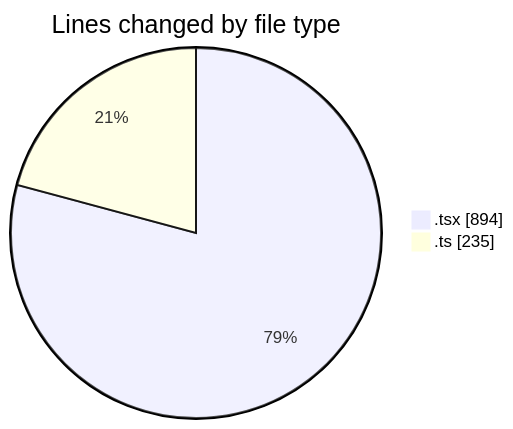
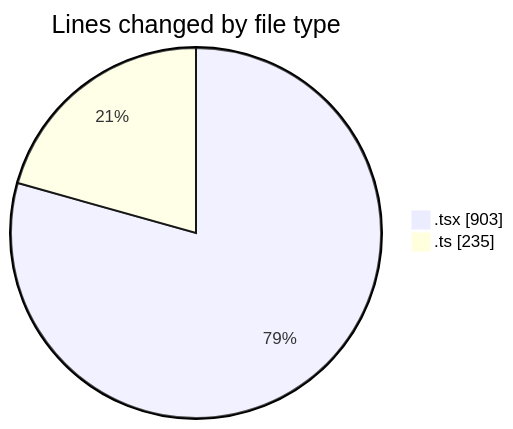
One commit to momahboobian/code-tracking changed the first of 2 diagrams in 2025-09-15/cda/README.md. Above: the diagram before and after it, drawn with Mermaid. The commit also changed other lines of this file and 1 other file, not shown here.

````diff
--- a/2025-09-15/cda/README.md
+++ b/2025-09-15/cda/README.md
@@ -22,6 +22,6 @@
 ```mermaid
 pie showData
 title Lines changed by file type
-".tsx" : 894
+".tsx" : 903
 ".ts" : 235
 ```
````
